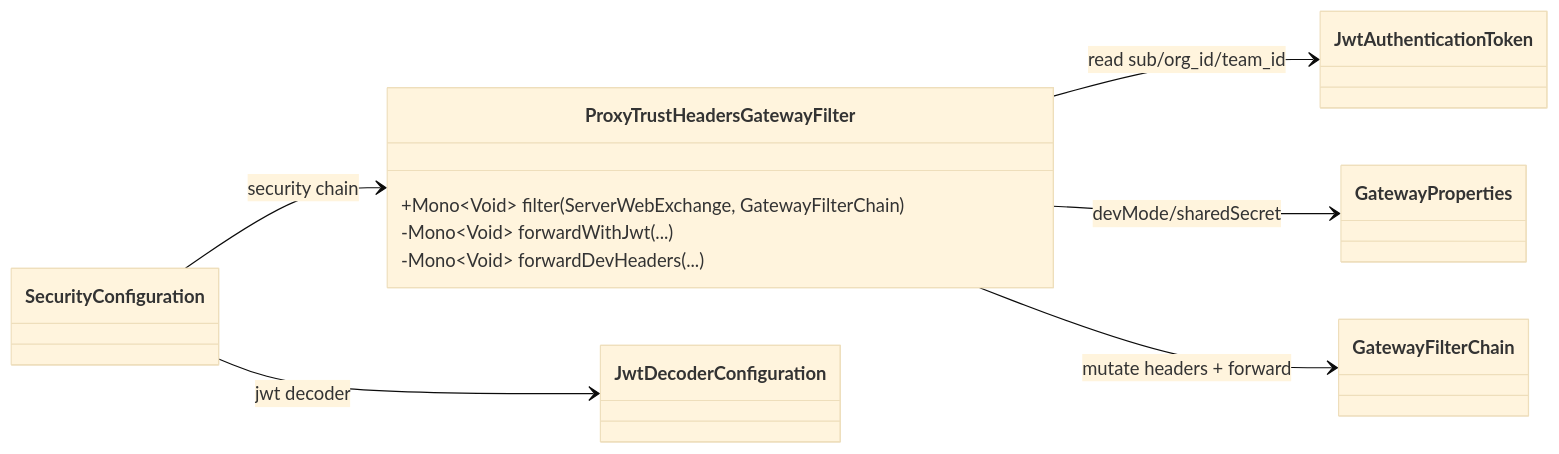
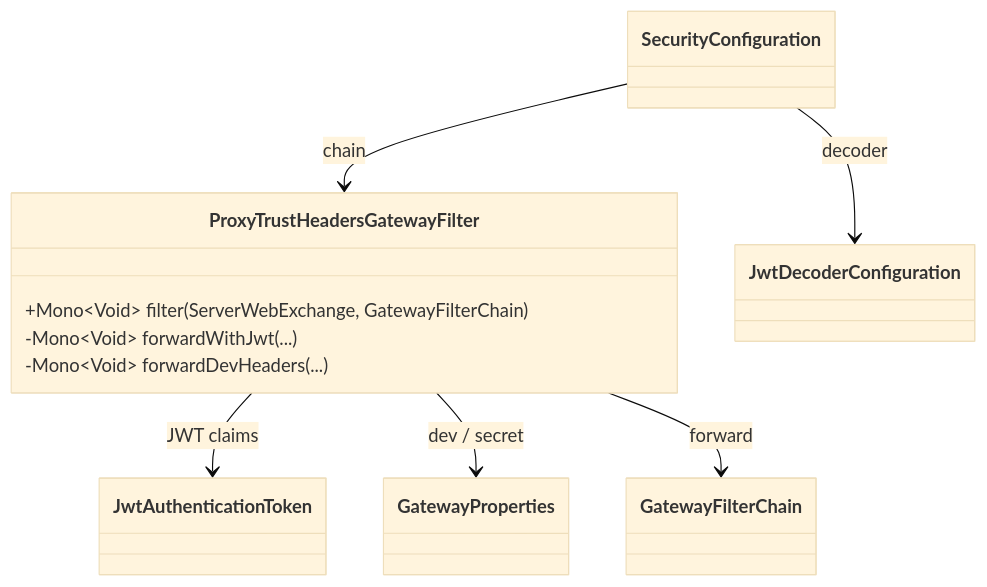
Before and after one commit to Zero-Bug-Freinds/ai-api-usage-monitor: the sixth of 11 diagrams in docs/c4-architecture-diagrams.md, drawn with Mermaid (base theme). The commit also changed other lines of this file and 1 other file, not shown here.

````diff
--- a/docs/c4-architecture-diagrams.md
+++ b/docs/c4-architecture-diagrams.md
@@ -220,22 +241,22 @@
 ```mermaid
 classDiagram
-direction LR
+direction TB
 
 class ProxyTrustHeadersGatewayFilter {
   +Mono~Void~ filter(ServerWebExchange, GatewayFilterChain)
   -Mono~Void~ forwardWithJwt(...)
   -Mono~Void~ forwardDevHeaders(...)
 }
 
 class SecurityConfiguration
 class JwtDecoderConfiguration
 class GatewayProperties
 class JwtAuthenticationToken
 class GatewayFilterChain
 
-SecurityConfiguration --> JwtDecoderConfiguration : jwt decoder
-SecurityConfiguration --> ProxyTrustHeadersGatewayFilter : security chain
-ProxyTrustHeadersGatewayFilter --> JwtAuthenticationToken : read sub/org_id/team_id
-ProxyTrustHeadersGatewayFilter --> GatewayProperties : devMode/sharedSecret
-ProxyTrustHeadersGatewayFilter --> GatewayFilterChain : mutate headers + forward
+SecurityConfiguration --> JwtDecoderConfiguration : decoder
+SecurityConfiguration --> ProxyTrustHeadersGatewayFilter : chain
+ProxyTrustHeadersGatewayFilter --> JwtAuthenticationToken : JWT claims
+ProxyTrustHeadersGatewayFilter --> GatewayProperties : dev / secret
+ProxyTrustHeadersGatewayFilter --> GatewayFilterChain : forward
 ```
````
